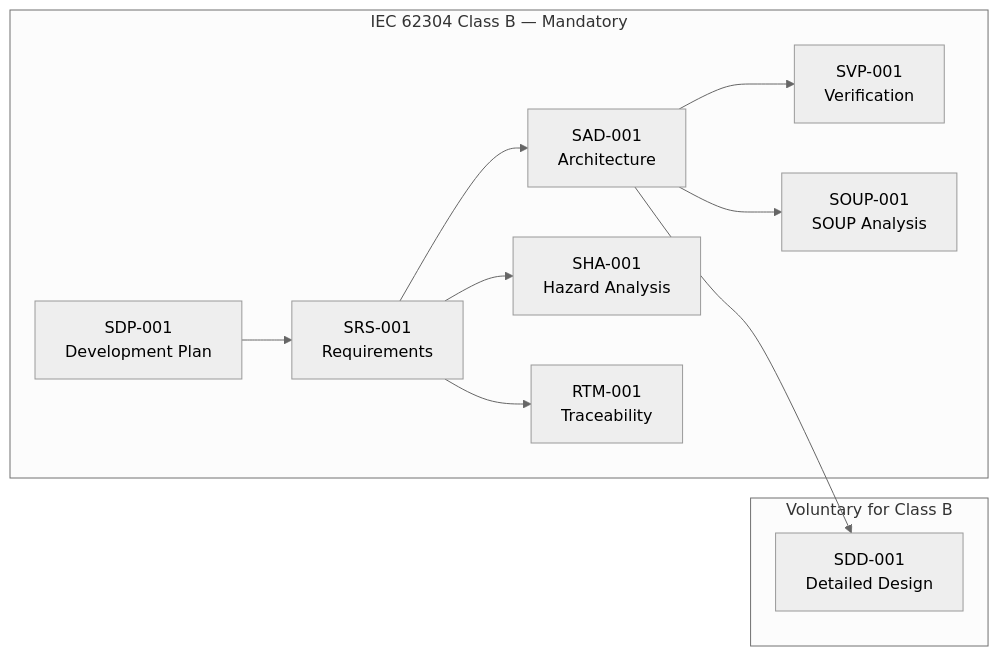
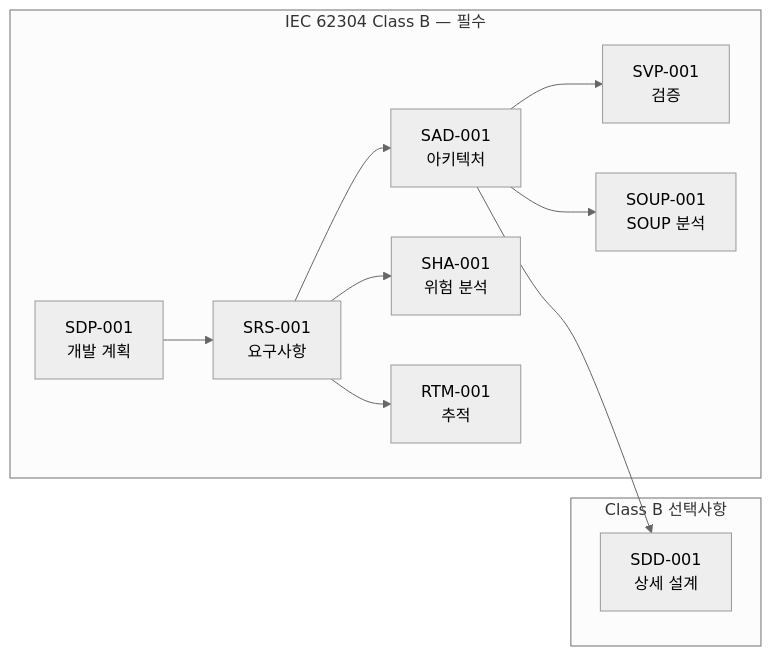
One commit to holee9/image-processing changed the diagram in docs/post-processing/gsvg/GSVG-PKG-001_Document_Index.md. Above: the diagram before and after it, drawn with Mermaid (neutral theme). The commit also changed other lines of this file and 51 other files, not shown here.

````diff
--- a/docs/post-processing/gsvg/GSVG-PKG-001_Document_Index.md
+++ b/docs/post-processing/gsvg/GSVG-PKG-001_Document_Index.md
@@ -25,21 +25,21 @@
 ```mermaid
 graph LR
-    subgraph "IEC 62304 Class B — Mandatory"
-        SDP[SDP-001<br/>Development Plan]
-        SRS[SRS-001<br/>Requirements]
-        SAD[SAD-001<br/>Architecture]
-        SVP[SVP-001<br/>Verification]
-        SOUP[SOUP-001<br/>SOUP Analysis]
-        SHA[SHA-001<br/>Hazard Analysis]
-        RTM[RTM-001<br/>Traceability]
+    subgraph "IEC 62304 Class B — 필수"
+        SDP[SDP-001<br/>개발 계획]
+        SRS[SRS-001<br/>요구사항]
+        SAD[SAD-001<br/>아키텍처]
+        SVP[SVP-001<br/>검증]
+        SOUP[SOUP-001<br/>SOUP 분석]
+        SHA[SHA-001<br/>위험 분석]
+        RTM[RTM-001<br/>추적]
     end
-    subgraph "Voluntary for Class B"
-        SDD[SDD-001<br/>Detailed Design]
+    subgraph "Class B 선택사항"
+        SDD[SDD-001<br/>상세 설계]
     end
     
     SDP --> SRS --> SAD --> SDD
     SAD --> SVP
     SAD --> SOUP
     SRS --> SHA
     SRS --> RTM
 ```
````
